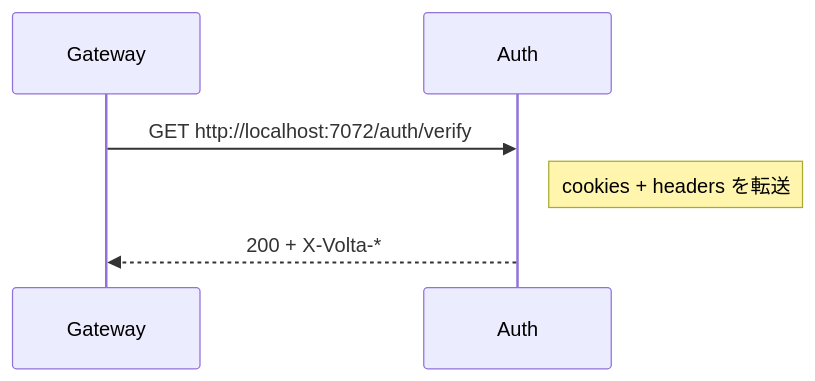
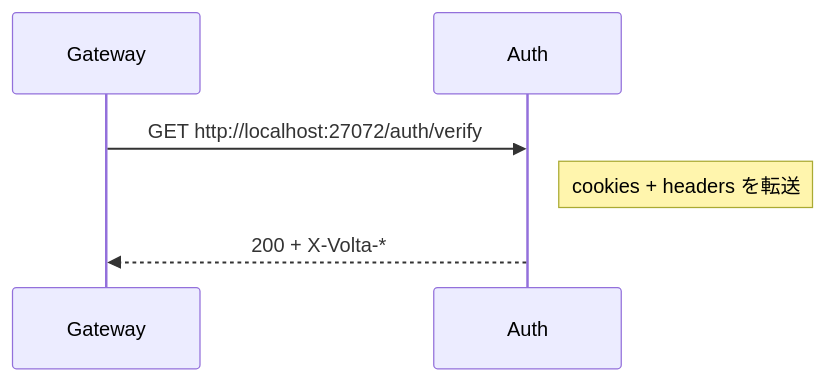
One commit to opaopa6969/auth-integration changed the diagram in 04-volta-gateway設定.md. Above: the diagram before and after it, drawn with Mermaid. The commit also changed other lines of this file and 23 other files, not shown here.

````diff
--- a/04-volta-gateway設定.md
+++ b/04-volta-gateway設定.md
@@ -53,6 +53,6 @@
 ```mermaid
 sequenceDiagram
-    Gateway->>Auth: GET http://localhost:7072/auth/verify
+    Gateway->>Auth: GET http://localhost:27072/auth/verify
     Note right of Auth: cookies + headers を転送
     Auth-->>Gateway: 200 + X-Volta-*
 ```
````
